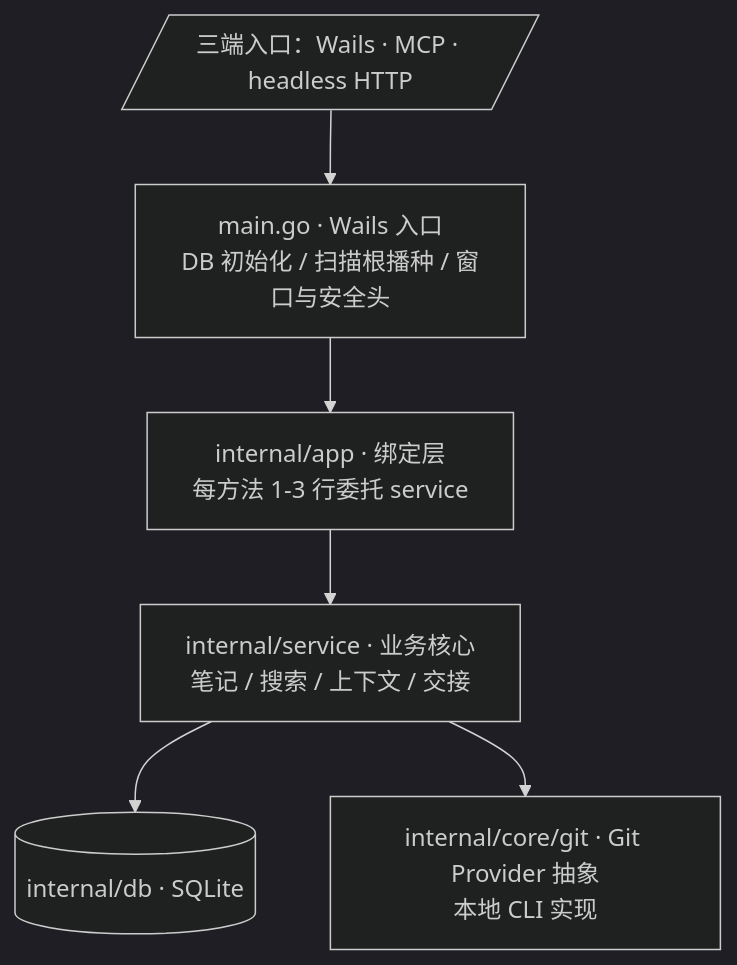
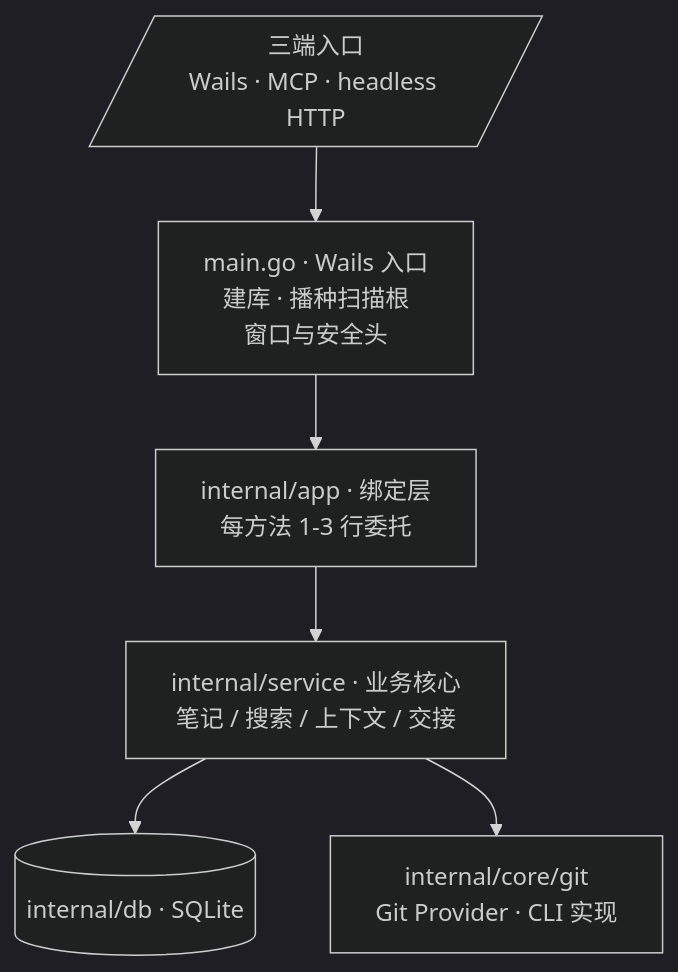
The first of 4 diagrams in docs/architecture.md (sky-jiangcheng/RepoNest), drawn with Mermaid (dark theme) before and after one commit. The commit also changed other lines of this file and 14 other files, not shown here.

First line of the commit message:
docs(diagrams): 全站 mermaid 图重构 — 告别'宽扁香肠'布局

````diff
--- a/docs/architecture.md
+++ b/docs/architecture.md
@@ -16,12 +16,12 @@
 ```mermaid
 flowchart TB
-    ENTRY[/"三端入口：Wails · MCP · headless HTTP"/]
-    MAIN[main.go · Wails 入口<br/>DB 初始化 / 扫描根播种 / 窗口与安全头]
-    APP[internal/app · 绑定层<br/>每方法 1-3 行委托 service]
-    SVC[internal/service · 业务核心<br/>笔记 / 搜索 / 上下文 / 交接]
+    ENTRY[/"三端入口<br/>Wails · MCP · headless HTTP"/]
+    MAIN["main.go · Wails 入口<br/>建库 · 播种扫描根<br/>窗口与安全头"]
+    APP["internal/app · 绑定层<br/>每方法 1-3 行委托"]
+    SVC["internal/service · 业务核心<br/>笔记 / 搜索 / 上下文 / 交接"]
     DB[(internal/db · SQLite)]
-    GIT[internal/core/git · Git Provider 抽象<br/>本地 CLI 实现]
+    GIT["internal/core/git<br/>Git Provider · CLI 实现"]
     ENTRY --> MAIN --> APP --> SVC
     SVC --> DB
     SVC --> GIT
 ```
````
